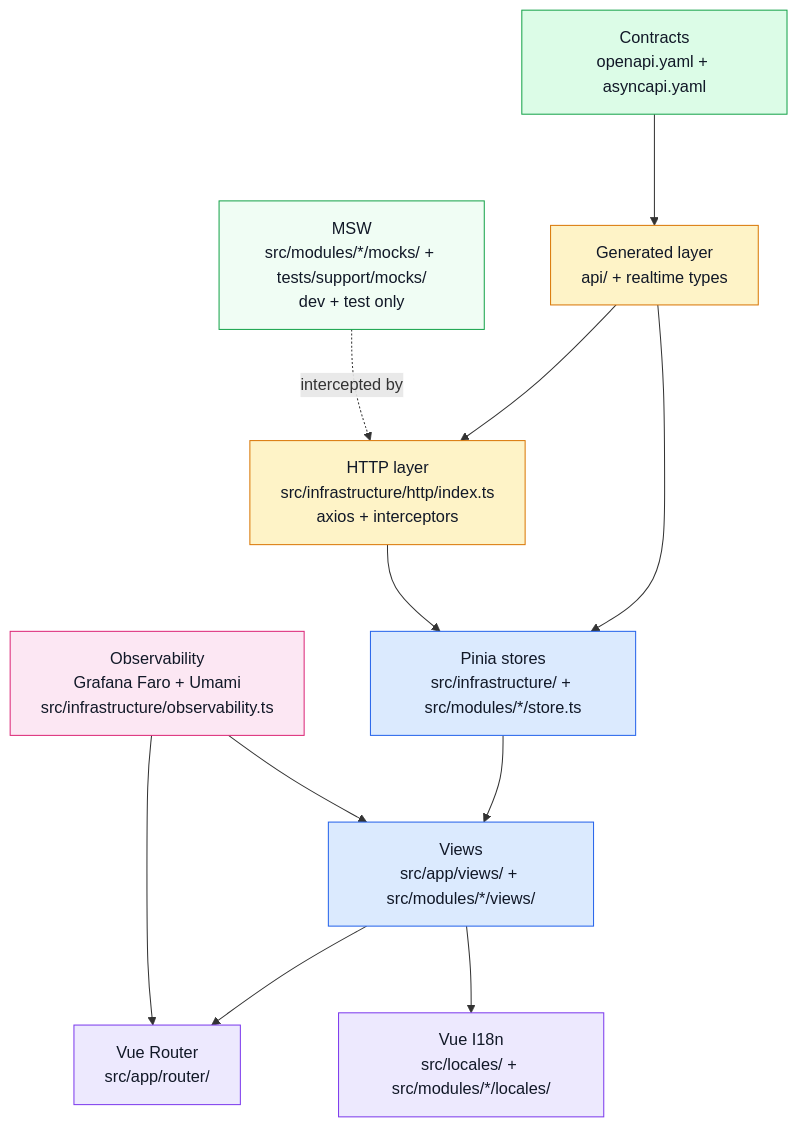
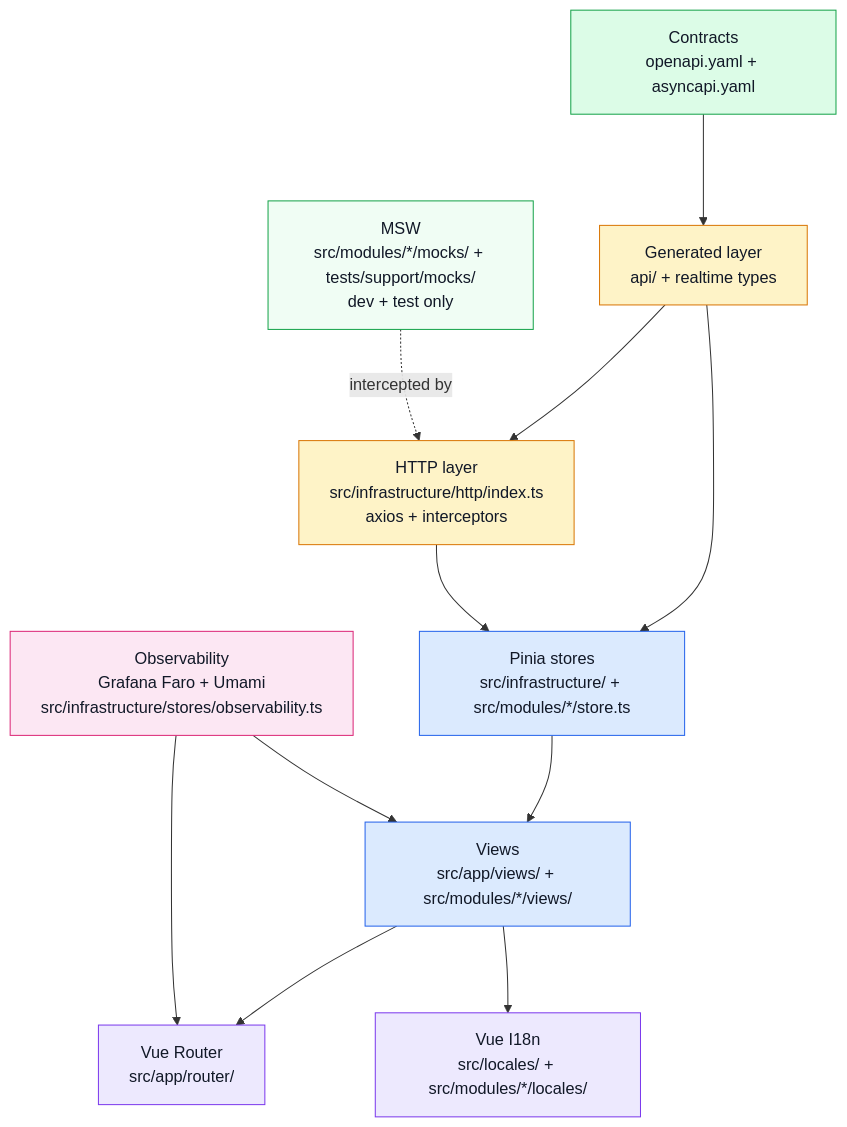
Before and after one commit to Guebbit/boilerplate-vue-frontend: the diagram in docs/theory/architecture.md, drawn with Mermaid. The commit also changed 149 other files, not shown here.

````diff
--- a/docs/theory/architecture.md
+++ b/docs/theory/architecture.md
@@ -8,31 +8,31 @@
 ```mermaid
 %%{init: {'flowchart': {'nodeSpacing': 65, 'rankSpacing': 85}}}%%
 flowchart TD
     Contract["Contracts\nopenapi.yaml + asyncapi.yaml"] --> Generated["Generated layer\napi/ + realtime types"]
     Generated --> Stores["Pinia stores\nsrc/infrastructure/ + src/modules/*/store.ts"]
     Stores --> Views["Views\nsrc/app/views/ + src/modules/*/views/"]
     Views --> Router["Vue Router\nsrc/app/router/"]
     Views --> I18N["Vue I18n\nsrc/locales/ + src/modules/*/locales/"]
 
     HTTP["HTTP layer\nsrc/infrastructure/http/index.ts\naxios + interceptors"] --> Stores
     Generated --> HTTP
 
-    Obs["Observability\nGrafana Faro + Umami\nsrc/infrastructure/observability.ts"] --> Views
+    Obs["Observability\nGrafana Faro + Umami\nsrc/infrastructure/stores/observability.ts"] --> Views
     Obs --> Router
 
     MSW["MSW\nsrc/modules/*/mocks/ + tests/support/mocks/\ndev + test only"] -.intercepted by.-> HTTP
 
     classDef contract fill:#dcfce7,stroke:#16a34a,color:#111827;
     classDef generated fill:#fef3c7,stroke:#d97706,color:#111827;
     classDef app fill:#dbeafe,stroke:#2563eb,color:#111827;
     classDef nav fill:#ede9fe,stroke:#7c3aed,color:#111827;
     classDef obs fill:#fce7f3,stroke:#db2777,color:#111827;
     classDef mock fill:#f0fdf4,stroke:#16a34a,color:#111827;
 
     class Contract contract;
     class Generated,HTTP generated;
     class Stores,Views app;
     class Router,I18N nav;
     class Obs obs;
     class MSW mock;
 ```
````
